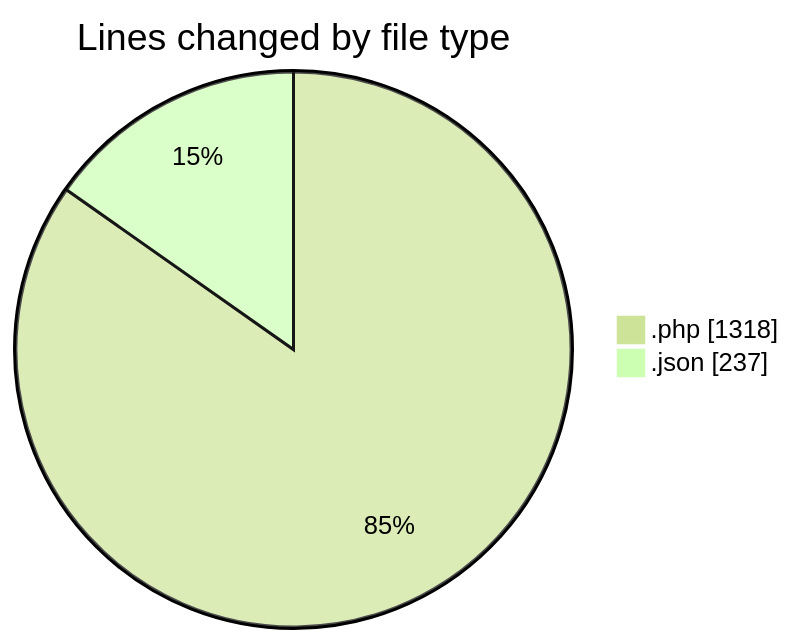
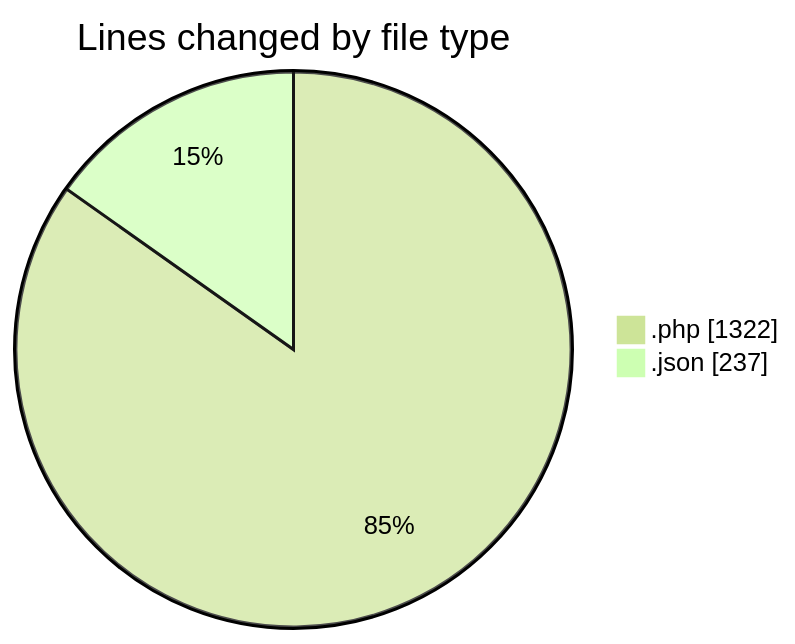
One commit to idhammustaqopulfikri/code-tracking changed the first of 2 diagrams in 2025-06-16/studio-backend/README.md. Above: the diagram before and after it, drawn with Mermaid (forest theme). The commit also changed other lines of this file and 1 other file, not shown here.

````diff
--- a/2025-06-16/studio-backend/README.md
+++ b/2025-06-16/studio-backend/README.md
@@ -28,6 +28,6 @@
 ```mermaid
 pie showData
 title Lines changed by file type
-".php" : 1318
+".php" : 1322
 ".json" : 237
 ```
````
